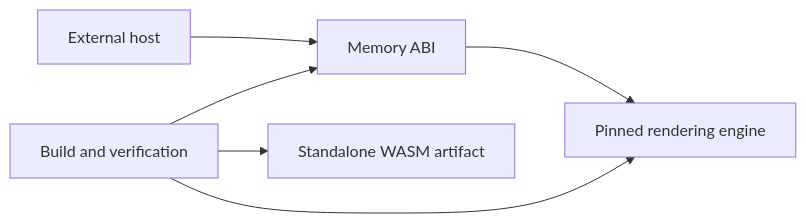
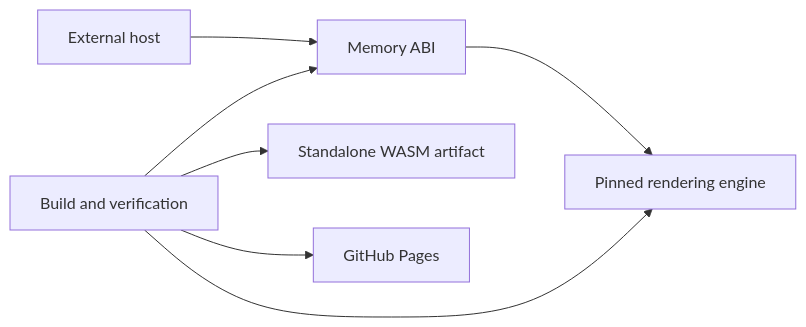
The diagram in specs/architecture.md (rameshvk/mermaid), drawn with Mermaid before and after one commit. The commit also changed other lines of this file and 4 other files, not shown here.

Commit message:
ci: deploy tested WASM to GitHub Pages

````diff
--- a/specs/architecture.md
+++ b/specs/architecture.md
@@ -1,8 +1,9 @@
 ```mermaid
 flowchart LR
   Host[External host] --> ABI[Memory ABI]
   ABI --> Engine[Pinned rendering engine]
   Build[Build and verification] --> ABI
   Build --> Engine
   Build --> Artifact[Standalone WASM artifact]
+  Build --> Pages[GitHub Pages]
 ```
````
